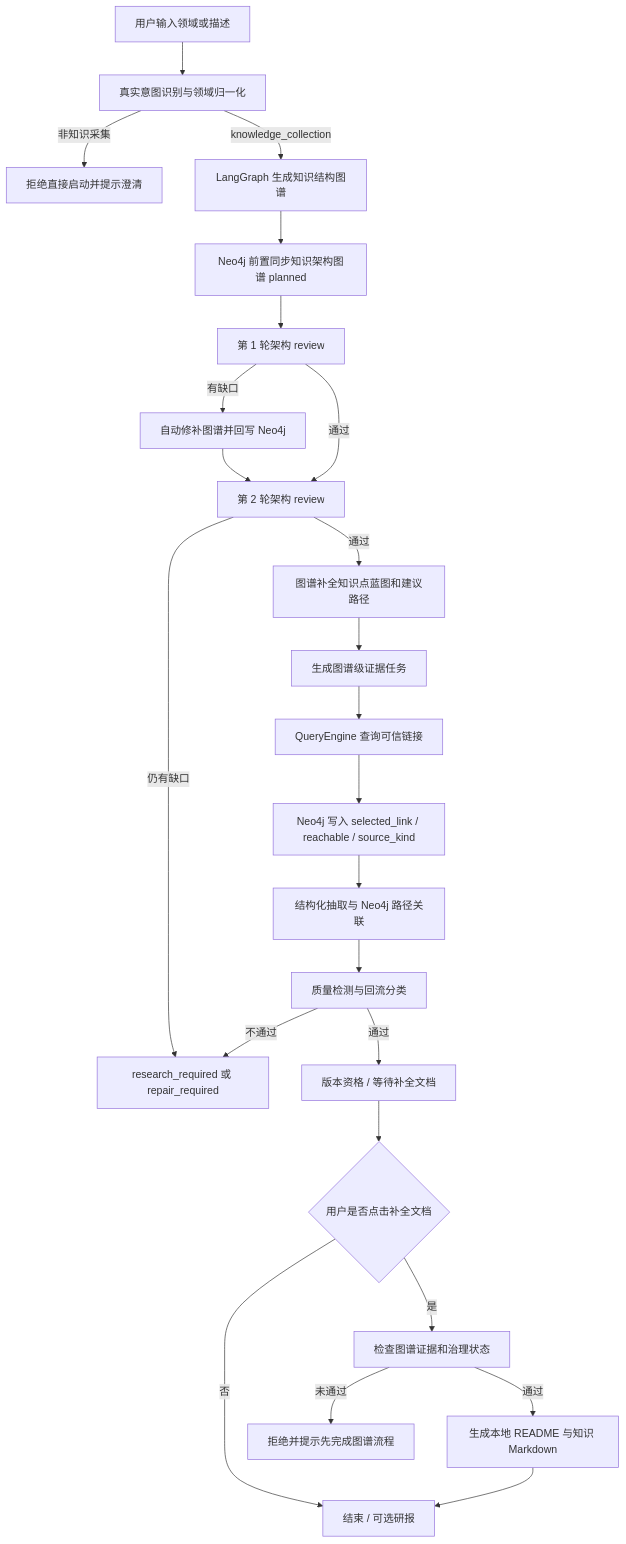
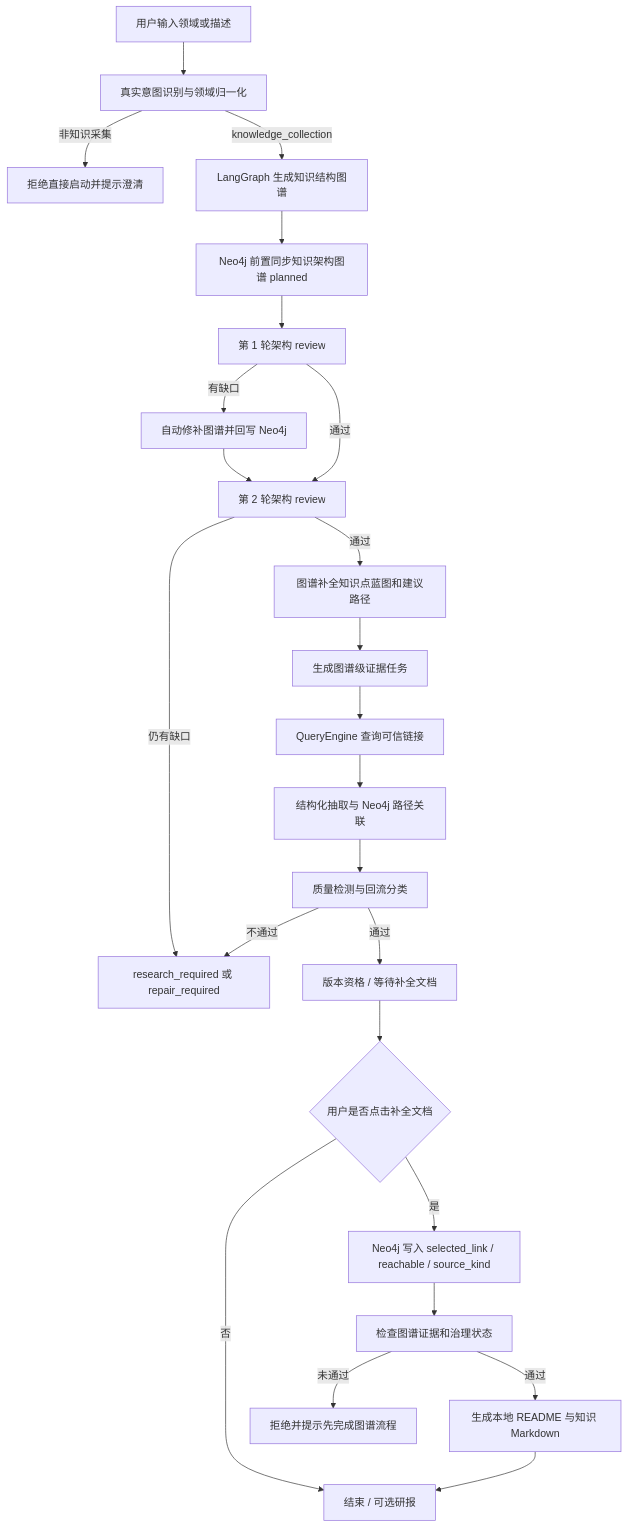
One commit to crabin/knowledgeforge changed the diagram in docs/项目需求.md. Above: the diagram before and after it, drawn with Mermaid. The commit also changed other lines of this file and 10 other files, not shown here.

Commit message:
refactor: gate evidence graph writes behind document completion

````diff
--- a/docs/项目需求.md
+++ b/docs/项目需求.md
@@ -36,26 +36,26 @@
 ```mermaid
 flowchart TD
     A[用户输入领域或描述] --> B[真实意图识别与领域归一化]
     B -->|非知识采集| X[拒绝直接启动并提示澄清]
     B -->|knowledge_collection| C[LangGraph 生成知识结构图谱]
     C --> D[Neo4j 前置同步知识架构图谱 planned]
     D --> E[第 1 轮架构 review]
     E -->|有缺口| F[自动修补图谱并回写 Neo4j]
     F --> G[第 2 轮架构 review]
     E -->|通过| G
     G -->|仍有缺口| O[repair_required 不生成本地文档]
     G -->|通过| H[图谱补全知识点蓝图和建议路径]
     H --> I[生成图谱级证据任务]
     I --> J[QueryEngine 查询可信链接]
-    J --> K[Neo4j 写入 selected_link / reachable / source_kind]
-    K --> L[结构化抽取与 Neo4j 路径关联]
+    J --> L[结构化抽取与 Neo4j 路径关联]
     L --> M[质量检测与回流分类]
     M -->|通过| V[版本资格 / 等待补全文档]
     M -->|不通过| O[research_required 或 repair_required]
     V --> P{用户是否点击补全文档}
     P -->|否| R[结束 / 可选研报]
-    P -->|是| Q[检查图谱证据和治理状态]
+    P -->|是| K[Neo4j 写入 selected_link / reachable / source_kind]
+    K --> Q[检查图谱证据和治理状态]
     Q -->|通过| S[生成本地 README 与知识 Markdown]
     Q -->|未通过| T[拒绝并提示先完成图谱流程]
     S --> R
 ```
````
